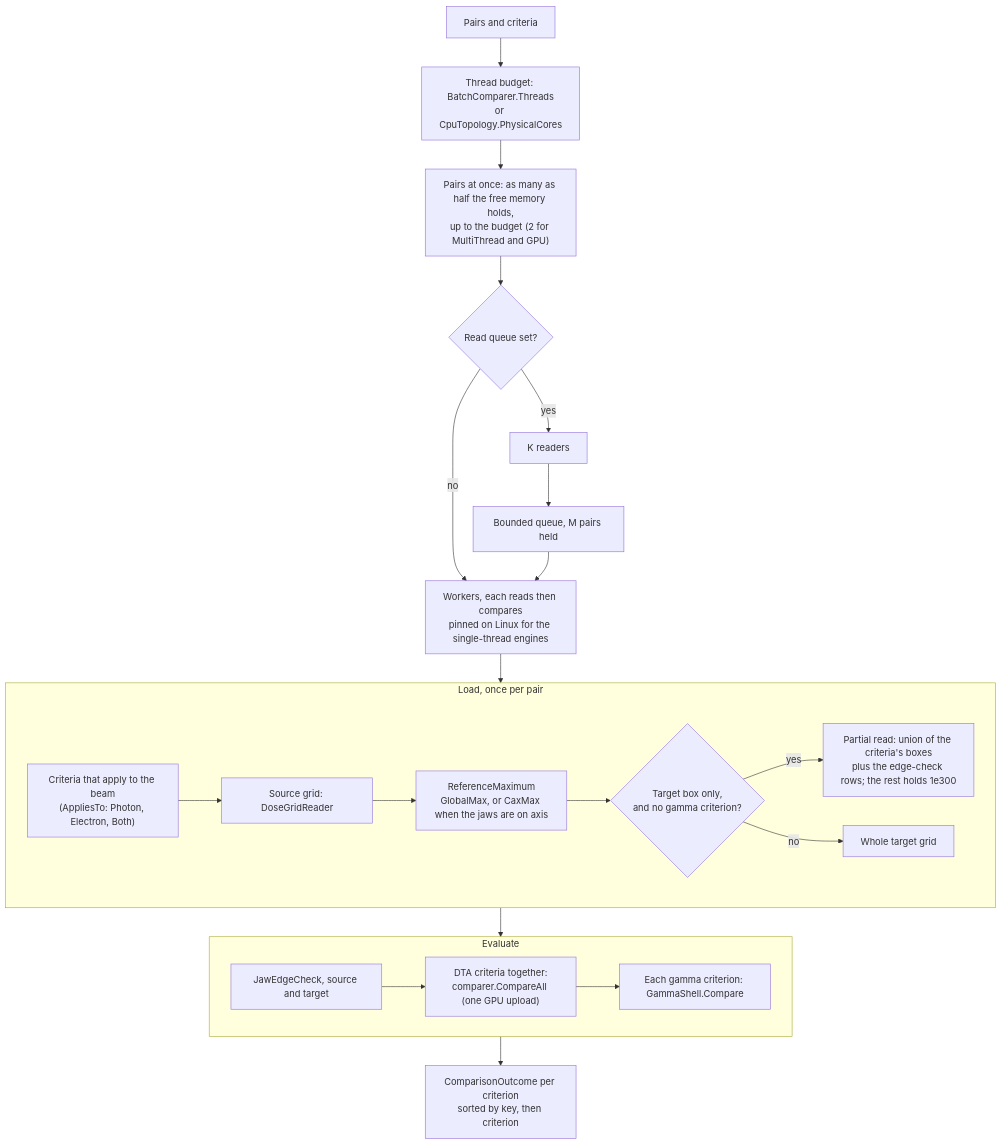
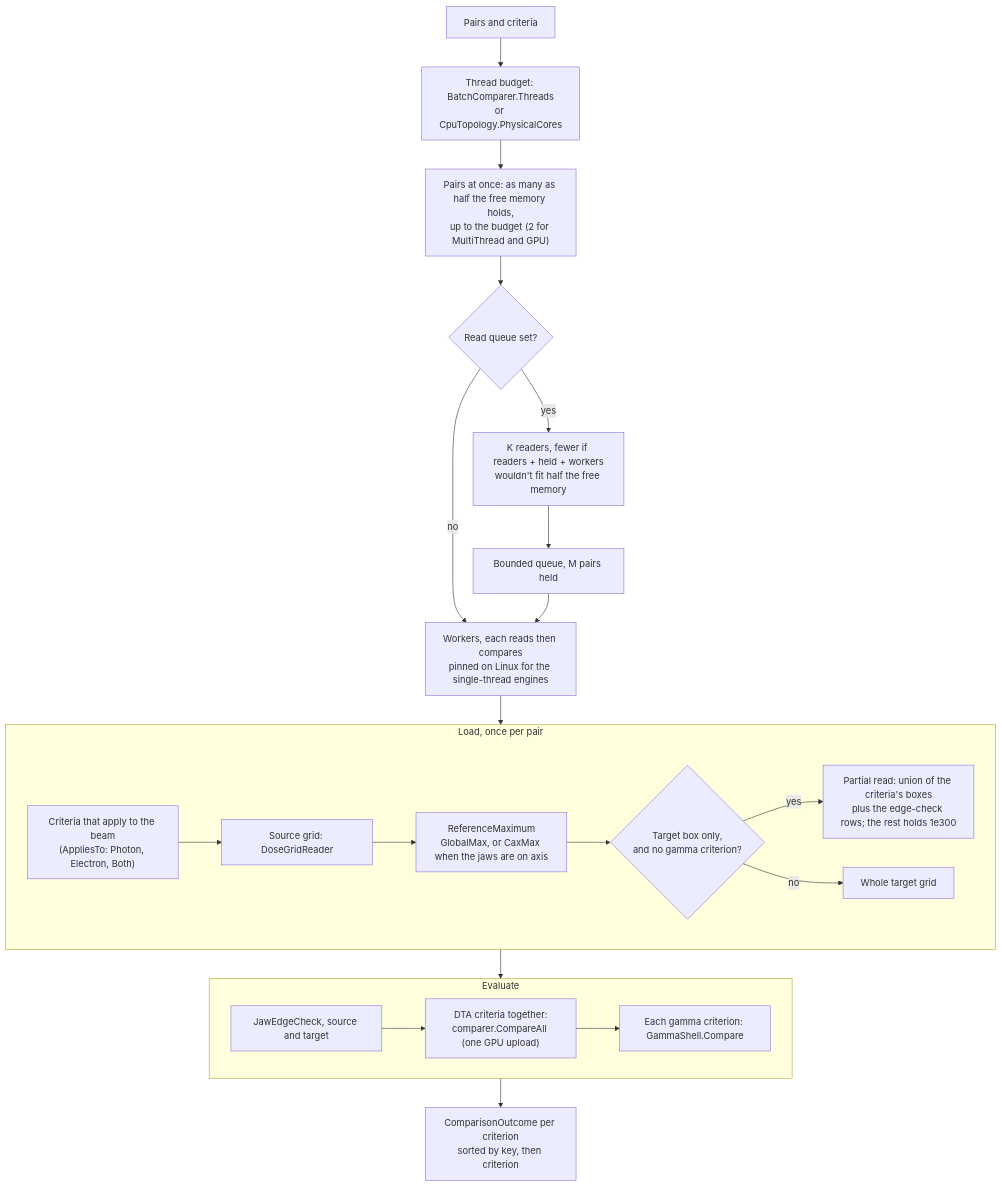
Before and after one commit to crcrewso/DicomStrictCompare: the second of 4 diagrams in design/data-flow.md, drawn with Mermaid. The commit also changed other lines of this file and 10 other files, not shown here.

````diff
--- a/design/data-flow.md
+++ b/design/data-flow.md
@@ -29,22 +30,22 @@
 ```mermaid
 flowchart TD
     pairs["Pairs and criteria"] --> budget["Thread budget: BatchComparer.Threads<br/>or CpuTopology.PhysicalCores"]
     budget --> atonce["Pairs at once: as many as half the free memory holds,<br/>up to the budget (2 for MultiThread and GPU)"]
     atonce --> mode{"Read queue set?"}
     mode -- no --> workers["Workers, each reads then compares<br/>pinned on Linux for the single-thread engines"]
-    mode -- yes --> readers["K readers"] --> channel["Bounded queue, M pairs held"] --> workers
+    mode -- yes --> readers["K readers, fewer if readers + held + workers<br/>wouldn't fit half the free memory"] --> channel["Bounded queue, M pairs held"] --> workers
     workers --> load
     subgraph load["Load, once per pair"]
         applies["Criteria that apply to the beam<br/>(AppliesTo: Photon, Electron, Both)"] --> src["Source grid: DoseGridReader"]
         src --> max["ReferenceMaximum<br/>GlobalMax, or CaxMax when the jaws are on axis"]
         max --> tgt{"Target box only,<br/>and no gamma criterion?"}
         tgt -- yes --> part["Partial read: union of the criteria's boxes<br/>plus the edge-check rows; the rest holds 1e300"]
         tgt -- no --> whole["Whole target grid"]
     end
     load --> evaluate
     subgraph evaluate["Evaluate"]
         edges["JawEdgeCheck, source and target"] --> dta["DTA criteria together:<br/>comparer.CompareAll (one GPU upload)"]
         dta --> gamma["Each gamma criterion: GammaShell.Compare"]
     end
     evaluate --> outcomes["ComparisonOutcome per criterion<br/>sorted by key, then criterion"]
 ```
````
